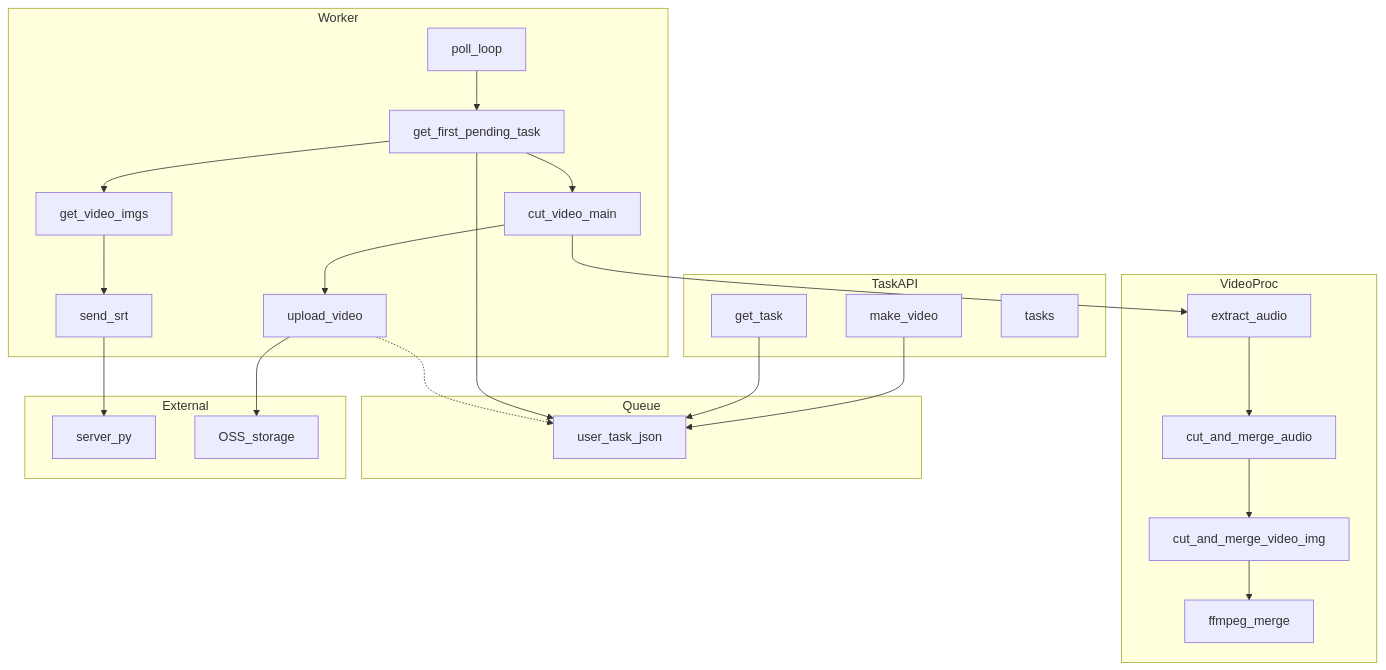
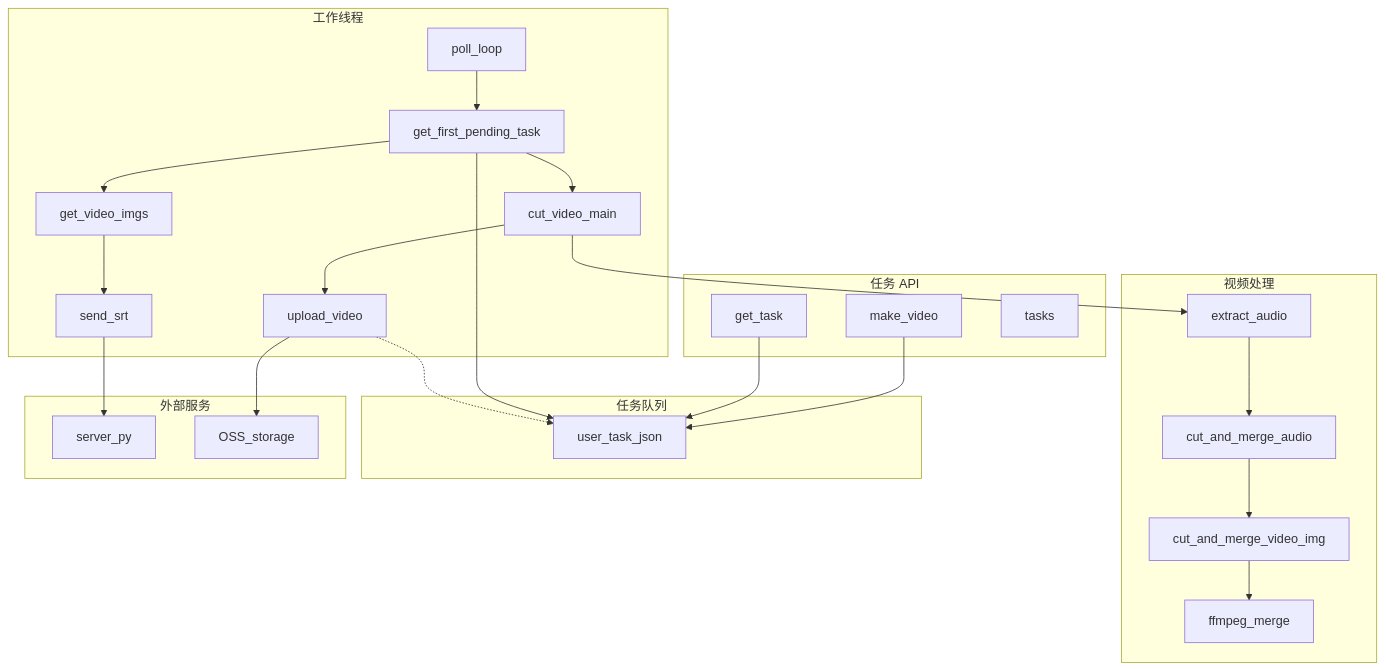
The fifth of 10 diagrams in ARCHITECTURE.md (nii8/split_video), drawn with Mermaid before and after one commit. The commit also changed other lines of this file, not shown here.

Commit message:
Update ARCHITECTURE.md - fourth commit

````diff
--- a/ARCHITECTURE.md
+++ b/ARCHITECTURE.md
@@ -268,49 +268,49 @@
 ```mermaid
 graph TD
-    subgraph TaskAPI
+    subgraph TaskAPI["任务 API"]
         T1[make_video]
         T2[get_task]
         T3[tasks]
     end
-    
-    subgraph Worker
+
+    subgraph Worker["工作线程"]
         W1[poll_loop]
         W2[get_first_pending_task]
         W3[cut_video_main]
         W4[upload_video]
         W5[get_video_imgs]
         W6[send_srt]
     end
-    
-    subgraph VideoProc
+
+    subgraph VideoProc["视频处理"]
         V1[extract_audio]
         V2[cut_and_merge_audio]
         V3[cut_and_merge_video_img]
         V4[ffmpeg_merge]
     end
-    
-    subgraph Queue
+
+    subgraph Queue["任务队列"]
         Q1[user_task_json]
     end
-    
-    subgraph External
+
+    subgraph External["外部服务"]
         Server1[server_py]
         OSS1[OSS_storage]
     end
-    
+
     T1 --> Q1
     T2 --> Q1
     W1 --> W2
     W2 --> Q1
     W2 --> W3
     W2 --> W5
     W5 --> W6
     W6 --> Server1
     W3 --> V1
     V1 --> V2
     V2 --> V3
     V3 --> V4
     W3 --> W4
     W4 --> OSS1
     W4 -.-> Q1
 ```
````
